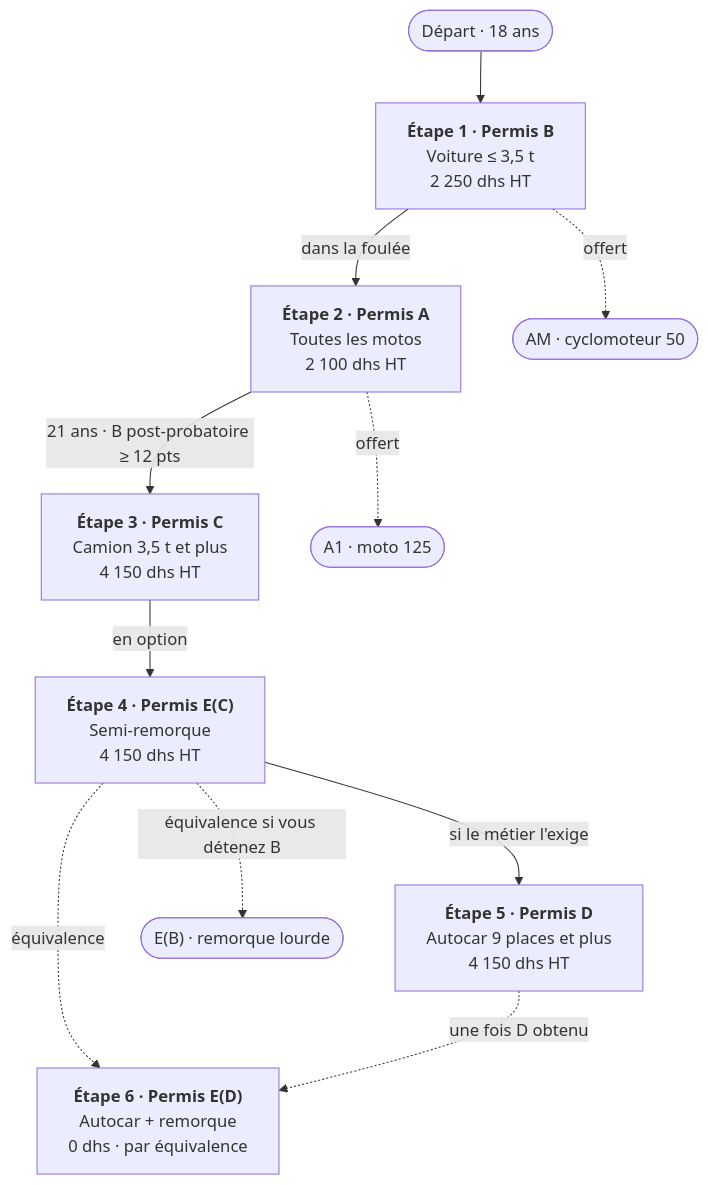
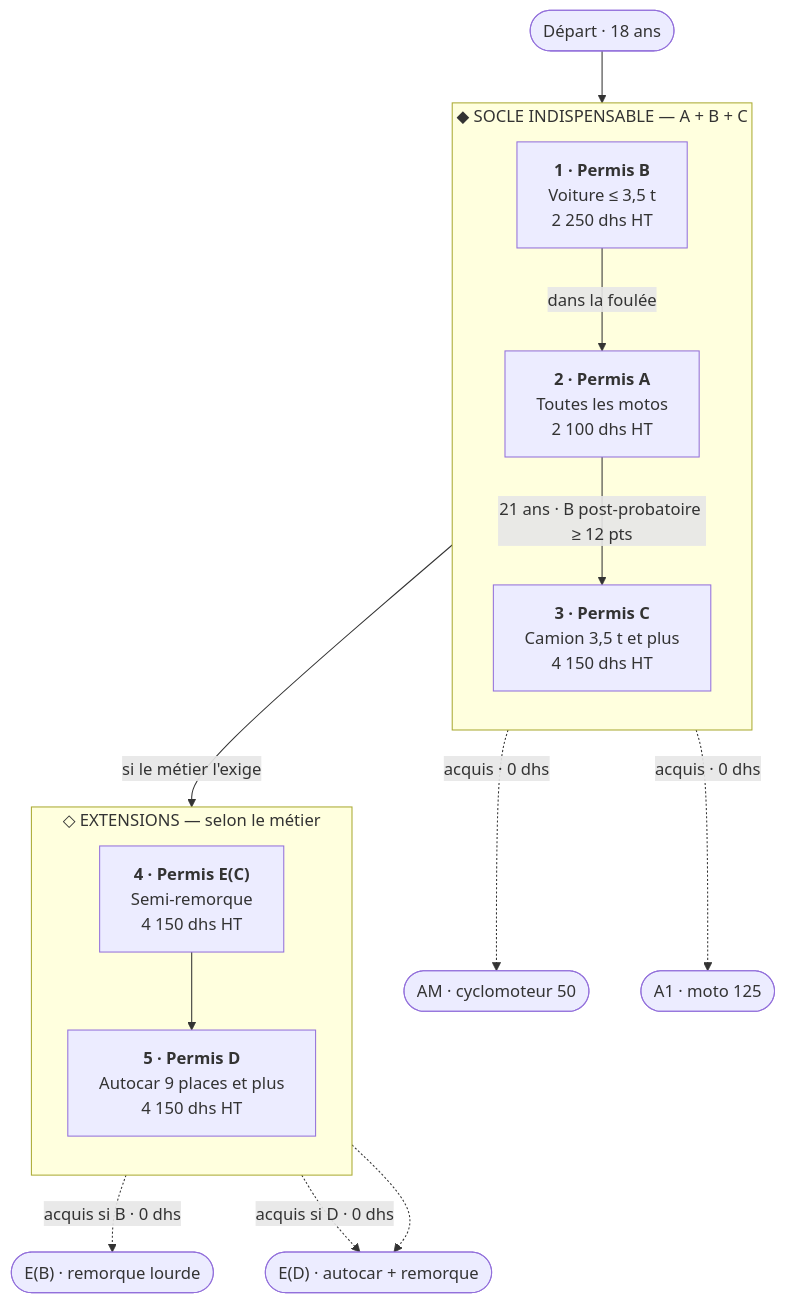
The diagram in wiki/permis-roadmap.mmd (achma-learning/moto), drawn with Mermaid before and after one commit. The commit also changed 1 other file, not shown here.

```diff
--- a/wiki/permis-roadmap.mmd
+++ b/wiki/permis-roadmap.mmd
@@ -1,24 +1,31 @@
 flowchart TD
     START(["Départ · 18 ans"]) --> B
 
-    B["<b>Étape 1 · Permis B</b><br/>Voiture ≤ 3,5 t<br/>2 250 dhs HT"]
-    A["<b>Étape 2 · Permis A</b><br/>Toutes les motos<br/>2 100 dhs HT"]
-    C["<b>Étape 3 · Permis C</b><br/>Camion 3,5 t et plus<br/>4 150 dhs HT"]
-    EC["<b>Étape 4 · Permis E(C)</b><br/>Semi-remorque<br/>4 150 dhs HT"]
-    D["<b>Étape 5 · Permis D</b><br/>Autocar 9 places et plus<br/>4 150 dhs HT"]
-    ED["<b>Étape 6 · Permis E(D)</b><br/>Autocar + remorque<br/>0 dhs · par équivalence"]
+    subgraph SOCLE ["◆ SOCLE INDISPENSABLE — A + B + C"]
+    direction TB
+        B["<b>1 · Permis B</b><br/>Voiture ≤ 3,5 t<br/>2 250 dhs HT"]
+        A["<b>2 · Permis A</b><br/>Toutes les motos<br/>2 100 dhs HT"]
+        C["<b>3 · Permis C</b><br/>Camion 3,5 t et plus<br/>4 150 dhs HT"]
+    end
+
+    subgraph EXT ["◇ EXTENSIONS — selon le métier"]
+    direction TB
+        EC["<b>4 · Permis E(C)</b><br/>Semi-remorque<br/>4 150 dhs HT"]
+        D["<b>5 · Permis D</b><br/>Autocar 9 places et plus<br/>4 150 dhs HT"]
+    end
+
+    B -->|"dans la foulée"| A
+    A -->|"21 ans · B post-probatoire ≥ 12 pts"| C
+    C -->|"si le métier l'exige"| EC
+    EC --> D
 
     AM(["AM · cyclomoteur 50"])
     A1(["A1 · moto 125"])
     EB(["E(B) · remorque lourde"])
+    ED(["E(D) · autocar + remorque"])
 
-    B -->|"dans la foulée"| A
-    A -->|"21 ans · B post-probatoire ≥ 12 pts"| C
-    C -->|"en option"| EC
-    EC -->|"si le métier l'exige"| D
-
-    B -.->|"offert"| AM
-    A -.->|"offert"| A1
-    EC -.->|"équivalence si vous détenez B"| EB
-    EC -.->|"équivalence"| ED
-    D -.->|"une fois D obtenu"| ED
+    B -.->|"acquis · 0 dhs"| AM
+    A -.->|"acquis · 0 dhs"| A1
+    EC -.->|"acquis si B · 0 dhs"| EB
+    EC -.->|"acquis si D · 0 dhs"| ED
+    D -.-> ED
```
